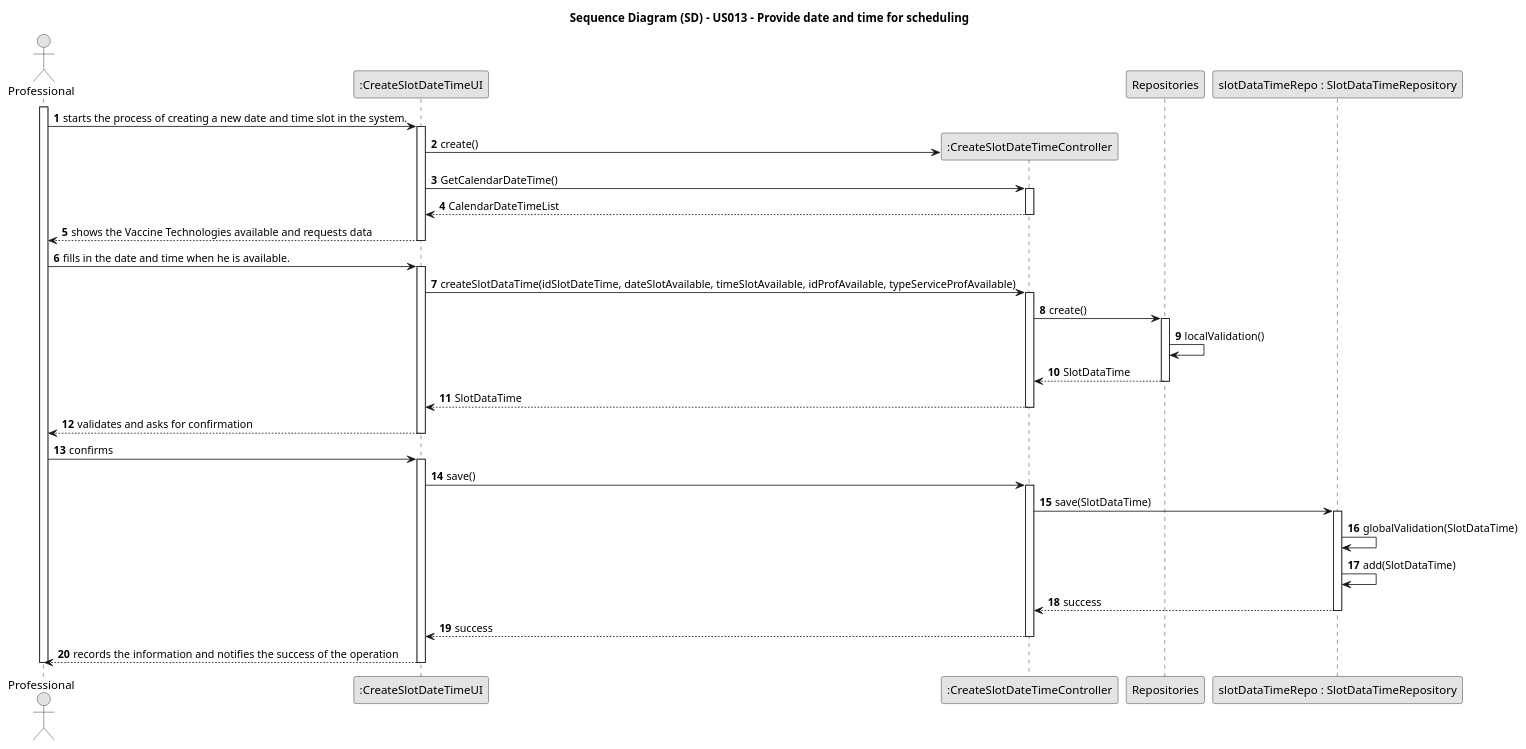
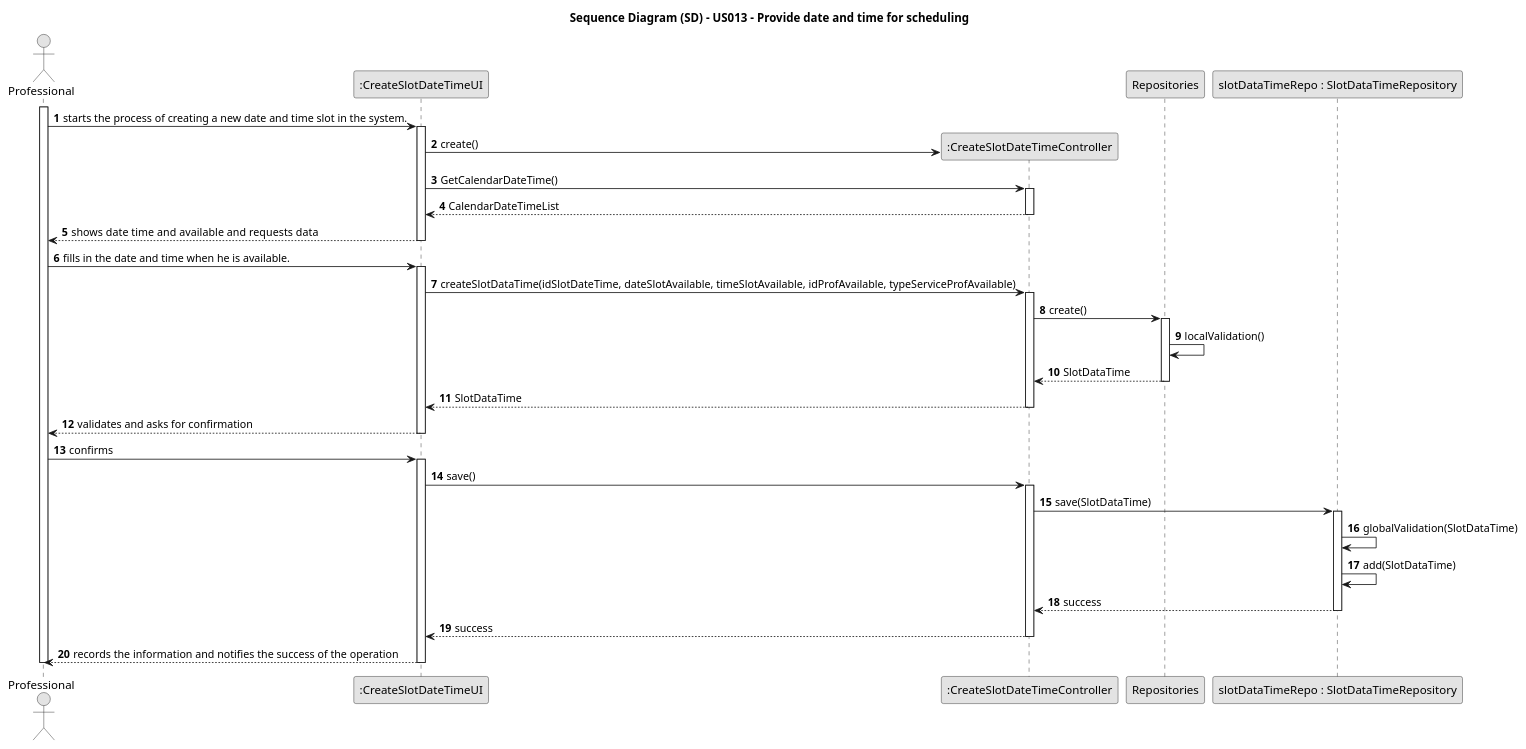
Before and after one commit to tbarracha/Upskill-Sprint-2-Gladly-Given: the diagram in javaSprint2GladlyGiven/Docs/UseCases/uc013/us013-SD.puml, drawn with PlantUML.

```diff
--- a/javaSprint2GladlyGiven/Docs/UseCases/uc013/us013-SD.puml
+++ b/javaSprint2GladlyGiven/Docs/UseCases/uc013/us013-SD.puml
@@ -1,60 +1,60 @@
 @startuml
 skinparam monochrome true
 skinparam packageStyle rectangle
 skinparam shadowing false
 
 title Sequence Diagram (SD) - US013 - Provide date and time for scheduling
 
 
 autonumber
 
 actor Professional
 participant ":CreateSlotDateTimeUI" as ui
 participant ":CreateSlotDateTimeController" as ctrl
 participant Repositories
 participant "slotDataTimeRepo : SlotDataTimeRepository" as SlotDataTimeRepo
 
 
 activate Professional
 
     Professional -> ui : starts the process of creating a new date and time slot in the system.
     activate ui
         ui -> ctrl** : create()
         ui -> ctrl : GetCalendarDateTime()
         activate ctrl
                         ctrl --> ui : CalendarDateTimeList
             deactivate ctrl
-            ui --> Professional : shows the Vaccine Technologies available and requests data
+            ui --> Professional : shows date time and  available and requests data
     deactivate ui
 
     Professional -> ui : fills in the date and time when he is available.
     activate ui
         ui -> ctrl : createSlotDataTime(idSlotDateTime, dateSlotAvailable, timeSlotAvailable, idProfAvailable, typeServiceProfAvailable)
         activate ctrl
             ctrl -> Repositories : create()
             activate Repositories
                 Repositories -> Repositories : localValidation()
                 Repositories --> ctrl : SlotDataTime
             deactivate Repositories
             ctrl --> ui : SlotDataTime
         deactivate ctrl
         ui --> Professional : validates and asks for confirmation
     deactivate ui
 
     Professional -> ui : confirms
     activate ui
         ui -> ctrl : save()
         activate ctrl
             ctrl -> SlotDataTimeRepo : save(SlotDataTime)
             activate SlotDataTimeRepo
                 SlotDataTimeRepo -> SlotDataTimeRepo : globalValidation(SlotDataTime)
                 SlotDataTimeRepo -> SlotDataTimeRepo : add(SlotDataTime)
                 SlotDataTimeRepo --> ctrl : success
             deactivate SlotDataTimeRepo
             ctrl --> ui : success
         deactivate ctrl
         ui --> Professional : records the information and notifies the success of the operation
     deactivate ui
 deactivate Professional
 
 @enduml
```
